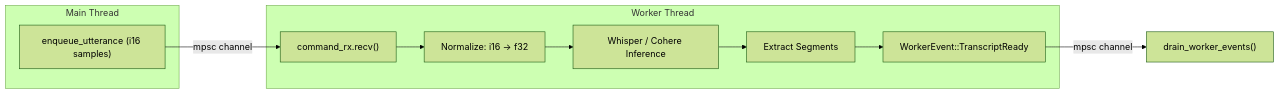
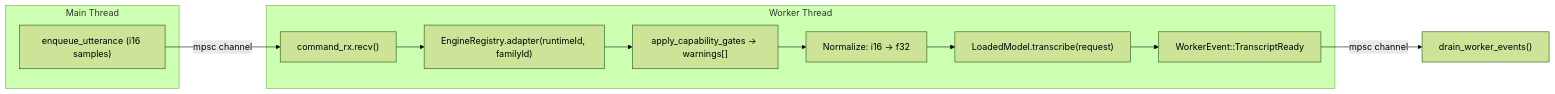
Before and after one commit to brittain9/obsidian-local-speech-to-text: the sixth of 8 diagrams in docs/architecture/system-architecture.md, drawn with Mermaid (forest theme). The commit also changed other lines of this file and 12 other files, not shown here.

````diff
--- a/docs/architecture/system-architecture.md
+++ b/docs/architecture/system-architecture.md
@@ -230,16 +230,17 @@
 ```mermaid
 flowchart LR
     subgraph Main Thread
         ENQUEUE["enqueue_utterance (i16 samples)"]
     end
 
     subgraph Worker Thread
-        CMD["command_rx.recv()"] --> NORM["Normalize: i16 → f32"]
-        NORM --> WHISPER["Whisper / Cohere Inference"]
-        WHISPER --> SEG["Extract Segments"]
-        SEG --> EVT["WorkerEvent::TranscriptReady"]
+        CMD["command_rx.recv()"] --> LOOKUP["EngineRegistry.adapter(runtimeId, familyId)"]
+        LOOKUP --> GATE["apply_capability_gates -> warnings[]"]
+        GATE --> NORM["Normalize: i16 -> f32"]
+        NORM --> INF["LoadedModel.transcribe(request)"]
+        INF --> EVT["WorkerEvent::TranscriptReady"]
     end
 
     ENQUEUE -->|"mpsc channel"| CMD
     EVT -->|"mpsc channel"| DRAIN["drain_worker_events()"]
 ```
````
